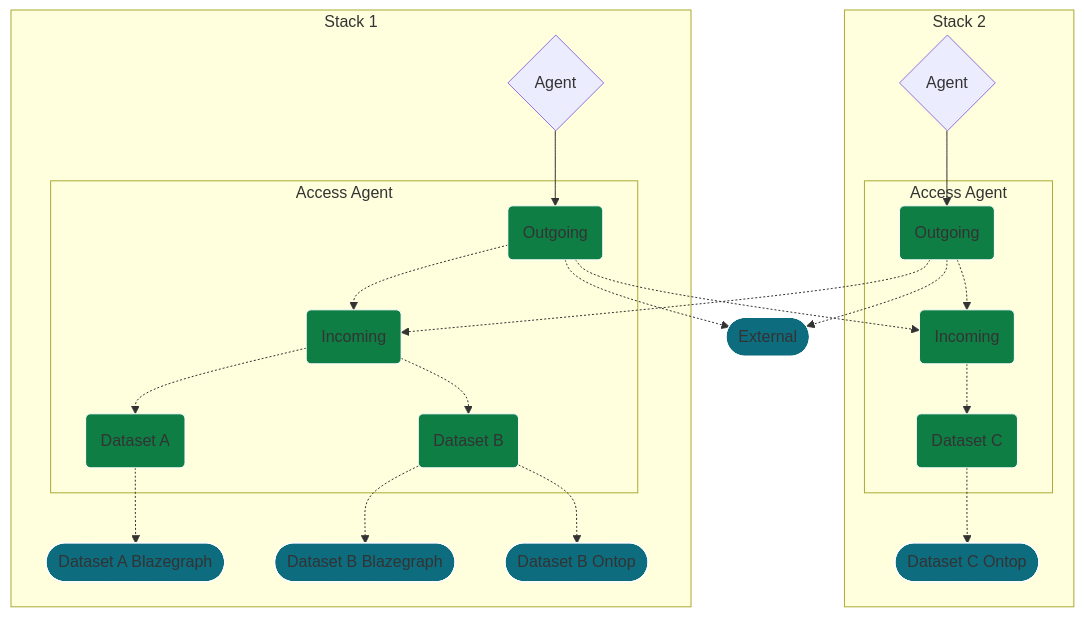
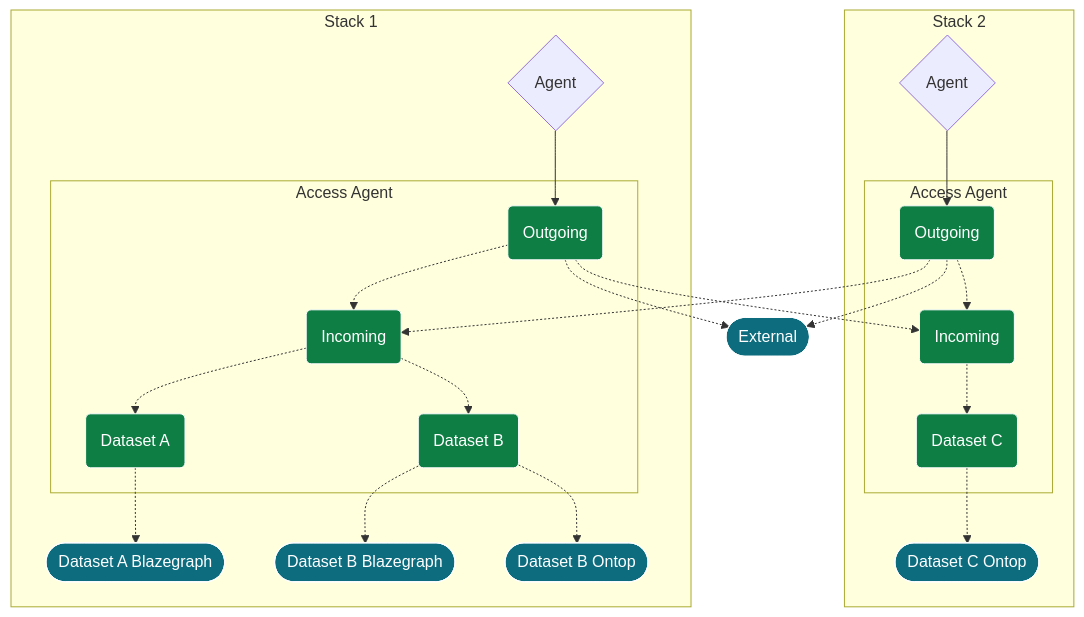
The first of 2 diagrams in stack-manager/README.md (TheWorldAvatar/stack), drawn with Mermaid before and after one commit. The commit also changed other lines of this file, not shown here.

Commit message:
16-create-outgoing-federated-pre-stack: Updated the Mermaid diagrams in the Stack Manager README to use style classes and white text on the darker backgrounds.

````diff
--- a/stack-manager/README.md
+++ b/stack-manager/README.md
@@ -323,46 +323,37 @@
 ```mermaid
 graph TB
     subgraph Stack 2
         subgraph Access Agent
             outgoing-2(Outgoing) -.-> incoming-2(Incoming)
             incoming-2 -.-> DC(Dataset C)
         end
         DC -.-> DCO([Dataset C Ontop])
         agent-2{Agent} --> outgoing-2
     end
     
     subgraph Stack 1
         subgraph Access Agent
             outgoing-1(Outgoing) -.-> incoming-1(Incoming)
             incoming-1 -.-> DA(Dataset A)
             incoming-1 -.-> DB(Dataset B)
         end
         DA -.-> DAB([Dataset A Blazegraph])
         DB -.-> DBB([Dataset B Blazegraph])
         DB -.-> DBO([Dataset B Ontop])
         agent-1{Agent} --> outgoing-1
     end
 
-    outgoing-1 -.-> incoming-2
-    outgoing-2 -.-> incoming-1
-    ex_non_fed(["External e.g. osm"])
+    outgoing-1:::fed -.-> incoming-2:::fed
+    outgoing-2:::fed -.-> incoming-1:::fed
+
+    ex_non_fed(["External e.g. osm"]):::nonfed
     outgoing-1 -.-> ex_non_fed([External])
     outgoing-2 -.-> ex_non_fed
 
+    classDef fed fill:#0e7e44, stroke:#ffffff, color:#fff
+    class DA,DB,DC fed
+    
+    classDef nonfed fill:#0d6c7e, stroke:#ffffff, color:#fff
+    class DAB,DBB,DBO,DCO nonfed
 
-    style outgoing-1 fill:#0e7e44, stroke:#ffffff
-    style incoming-1 fill:#0e7e44, stroke:#ffffff
-    style outgoing-2 fill:#0e7e44, stroke:#ffffff
-    style incoming-2 fill:#0e7e44, stroke:#ffffff
-
-    style DA fill:#0e7e44, stroke:#ffffff
-    style DB fill:#0e7e44, stroke:#ffffff
-    style DC fill:#0e7e44, stroke:#ffffff
-
-    style DAB fill:#0d6c7e, stroke:#ffffff
-    style DBB fill:#0d6c7e, stroke:#ffffff
-    style DBO fill:#0d6c7e, stroke:#ffffff
-    style DCO fill:#0d6c7e, stroke:#ffffff
-    
-    style ex_non_fed fill:#0d6c7e, stroke:#ffffff
 ```
````
